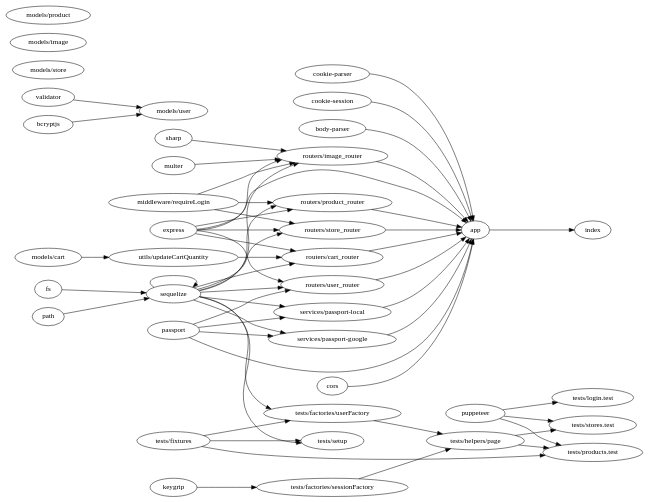
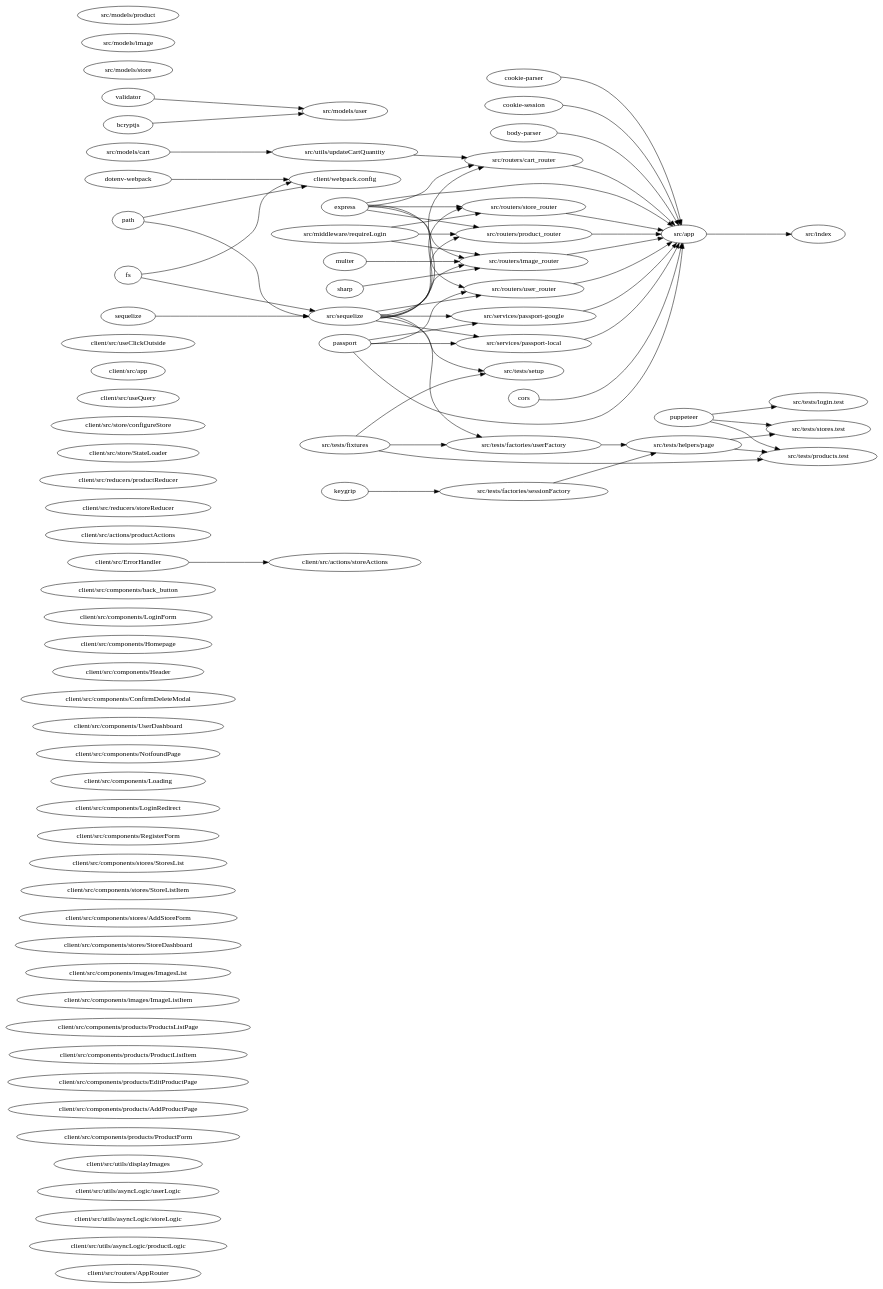
Before and after one commit to JonahWeinstein/Dependency-Graph: the diagram in doctest-output/round-table.gv, drawn with Graphviz. The commit also changed 4 other files, not shown here.

Commit message:
added ability to specify directories to ignore (ex: node_modules) when building the dependency graph

```diff
--- a/doctest-output/round-table.gv
+++ b/doctest-output/round-table.gv
@@ -1,96 +1,139 @@
 digraph {
 	graph [rankdir=LR]
-	"routers/user_router"
-	"routers/user_router"
-	express -> "routers/user_router"
-	"routers/user_router"
-	passport -> "routers/user_router"
-	"routers/user_router"
-	sequelize -> "routers/user_router"
-	"routers/product_router"
-	express -> "routers/product_router"
-	sequelize -> "routers/product_router"
-	"routers/product_router"
-	"middleware/requireLogin" -> "routers/product_router"
-	"routers/store_router"
-	express -> "routers/store_router"
-	sequelize -> "routers/store_router"
-	"middleware/requireLogin" -> "routers/store_router"
-	"routers/image_router"
-	express -> "routers/image_router"
-	"routers/image_router"
-	multer -> "routers/image_router"
-	"routers/image_router"
-	sharp -> "routers/image_router"
-	sequelize -> "routers/image_router"
-	"middleware/requireLogin" -> "routers/image_router"
-	"routers/cart_router"
-	express -> "routers/cart_router"
-	sequelize -> "routers/cart_router"
-	"routers/cart_router"
-	"utils/updateCartQuantity" -> "routers/cart_router"
-	"tests/factories/userFactory"
-	sequelize -> "tests/factories/userFactory"
-	"tests/factories/userFactory"
-	"tests/fixtures" -> "tests/factories/userFactory"
-	"tests/factories/sessionFactory"
-	"tests/factories/sessionFactory"
-	keygrip -> "tests/factories/sessionFactory"
-	"tests/helpers/page"
-	"tests/factories/sessionFactory" -> "tests/helpers/page"
-	"tests/factories/userFactory" -> "tests/helpers/page"
-	"tests/products.test"
-	"tests/products.test"
-	puppeteer -> "tests/products.test"
-	"tests/fixtures" -> "tests/products.test"
-	"tests/helpers/page" -> "tests/products.test"
-	"tests/setup"
-	sequelize -> "tests/setup"
-	"tests/fixtures" -> "tests/setup"
-	"tests/stores.test"
-	puppeteer -> "tests/stores.test"
-	"tests/helpers/page" -> "tests/stores.test"
-	"tests/login.test"
-	puppeteer -> "tests/login.test"
-	"utils/updateCartQuantity"
-	"models/cart" -> "utils/updateCartQuantity"
-	"models/user"
-	"models/user"
-	validator -> "models/user"
-	"models/user"
-	bcryptjs -> "models/user"
-	"models/store"
-	"models/image"
-	"models/product"
-	"services/passport-local"
-	passport -> "services/passport-local"
-	sequelize -> "services/passport-local"
-	"services/passport-google"
-	passport -> "services/passport-google"
-	sequelize -> "services/passport-google"
-	index
-	index
-	app -> index
-	sequelize
-	path -> sequelize
-	sequelize
-	fs -> sequelize
-	sequelize -> sequelize
-	express -> app
-	app
-	cors -> app
-	app
-	"cookie-parser" -> app
-	passport -> app
-	app
-	"cookie-session" -> app
-	app
-	"body-parser" -> app
-	"routers/product_router" -> app
-	"routers/cart_router" -> app
-	"routers/user_router" -> app
-	"routers/store_router" -> app
-	"routers/image_router" -> app
-	"services/passport-local" -> app
-	"services/passport-google" -> app
+	"client/src/routers/AppRouter"
+	"client/src/utils/asyncLogic/productLogic"
+	"client/src/utils/asyncLogic/storeLogic"
+	"client/src/utils/asyncLogic/userLogic"
+	"client/src/utils/displayImages"
+	"client/src/components/products/ProductForm"
+	"client/src/components/products/AddProductPage"
+	"client/src/components/products/EditProductPage"
+	"client/src/components/products/ProductListItem"
+	"client/src/components/products/ProductsListPage"
+	"client/src/components/images/ImageListItem"
+	"client/src/components/images/ImagesList"
+	"client/src/components/stores/StoreDashboard"
+	"client/src/components/stores/AddStoreForm"
+	"client/src/components/stores/StoreListItem"
+	"client/src/components/stores/StoresList"
+	"client/src/components/RegisterForm"
+	"client/src/components/LoginRedirect"
+	"client/src/components/Loading"
+	"client/src/components/NotfoundPage"
+	"client/src/components/UserDashboard"
+	"client/src/components/ConfirmDeleteModal"
+	"client/src/components/Header"
+	"client/src/components/Homepage"
+	"client/src/components/LoginForm"
+	"client/src/components/back_button"
+	"client/src/actions/storeActions"
+	"client/src/actions/storeActions"
+	"client/src/ErrorHandler" -> "client/src/actions/storeActions"
+	"client/src/actions/productActions"
+	"client/src/reducers/storeReducer"
+	"client/src/reducers/productReducer"
+	"client/src/store/StateLoader"
+	"client/src/store/configureStore"
+	"client/src/useQuery"
+	"client/src/app"
+	"client/src/useClickOutside"
+	"client/webpack.config"
+	"client/webpack.config"
+	path -> "client/webpack.config"
+	"client/webpack.config"
+	"dotenv-webpack" -> "client/webpack.config"
+	"client/webpack.config"
+	fs -> "client/webpack.config"
+	"src/routers/user_router"
+	"src/routers/user_router"
+	express -> "src/routers/user_router"
+	"src/routers/user_router"
+	passport -> "src/routers/user_router"
+	"src/routers/user_router"
+	"src/sequelize" -> "src/routers/user_router"
+	"src/routers/product_router"
+	express -> "src/routers/product_router"
+	"src/sequelize" -> "src/routers/product_router"
+	"src/routers/product_router"
+	"src/middleware/requireLogin" -> "src/routers/product_router"
+	"src/routers/store_router"
+	express -> "src/routers/store_router"
+	"src/sequelize" -> "src/routers/store_router"
+	"src/middleware/requireLogin" -> "src/routers/store_router"
+	"src/routers/image_router"
+	express -> "src/routers/image_router"
+	"src/routers/image_router"
+	multer -> "src/routers/image_router"
+	"src/routers/image_router"
+	sharp -> "src/routers/image_router"
+	"src/sequelize" -> "src/routers/image_router"
+	"src/middleware/requireLogin" -> "src/routers/image_router"
+	"src/routers/cart_router"
+	express -> "src/routers/cart_router"
+	"src/sequelize" -> "src/routers/cart_router"
+	"src/routers/cart_router"
+	"src/utils/updateCartQuantity" -> "src/routers/cart_router"
+	"src/tests/factories/userFactory"
+	"src/sequelize" -> "src/tests/factories/userFactory"
+	"src/tests/factories/userFactory"
+	"src/tests/fixtures" -> "src/tests/factories/userFactory"
+	"src/tests/factories/sessionFactory"
+	"src/tests/factories/sessionFactory"
+	keygrip -> "src/tests/factories/sessionFactory"
+	"src/tests/helpers/page"
+	"src/tests/factories/sessionFactory" -> "src/tests/helpers/page"
+	"src/tests/factories/userFactory" -> "src/tests/helpers/page"
+	"src/tests/products.test"
+	"src/tests/products.test"
+	puppeteer -> "src/tests/products.test"
+	"src/tests/fixtures" -> "src/tests/products.test"
+	"src/tests/helpers/page" -> "src/tests/products.test"
+	"src/tests/setup"
+	"src/sequelize" -> "src/tests/setup"
+	"src/tests/fixtures" -> "src/tests/setup"
+	"src/tests/stores.test"
+	puppeteer -> "src/tests/stores.test"
+	"src/tests/helpers/page" -> "src/tests/stores.test"
+	"src/tests/login.test"
+	puppeteer -> "src/tests/login.test"
+	"src/utils/updateCartQuantity"
+	"src/models/cart" -> "src/utils/updateCartQuantity"
+	"src/models/user"
+	"src/models/user"
+	validator -> "src/models/user"
+	"src/models/user"
+	bcryptjs -> "src/models/user"
+	"src/models/store"
+	"src/models/image"
+	"src/models/product"
+	"src/services/passport-local"
+	passport -> "src/services/passport-local"
+	"src/sequelize" -> "src/services/passport-local"
+	"src/services/passport-google"
+	passport -> "src/services/passport-google"
+	"src/sequelize" -> "src/services/passport-google"
+	"src/index"
+	"src/index"
+	"src/app" -> "src/index"
+	path -> "src/sequelize"
+	fs -> "src/sequelize"
+	"src/sequelize"
+	sequelize -> "src/sequelize"
+	express -> "src/app"
+	"src/app"
+	cors -> "src/app"
+	"src/app"
+	"cookie-parser" -> "src/app"
+	passport -> "src/app"
+	"src/app"
+	"cookie-session" -> "src/app"
+	"src/app"
+	"body-parser" -> "src/app"
+	"src/routers/product_router" -> "src/app"
+	"src/routers/cart_router" -> "src/app"
+	"src/routers/user_router" -> "src/app"
+	"src/routers/store_router" -> "src/app"
+	"src/routers/image_router" -> "src/app"
+	"src/services/passport-local" -> "src/app"
+	"src/services/passport-google" -> "src/app"
 }
```
